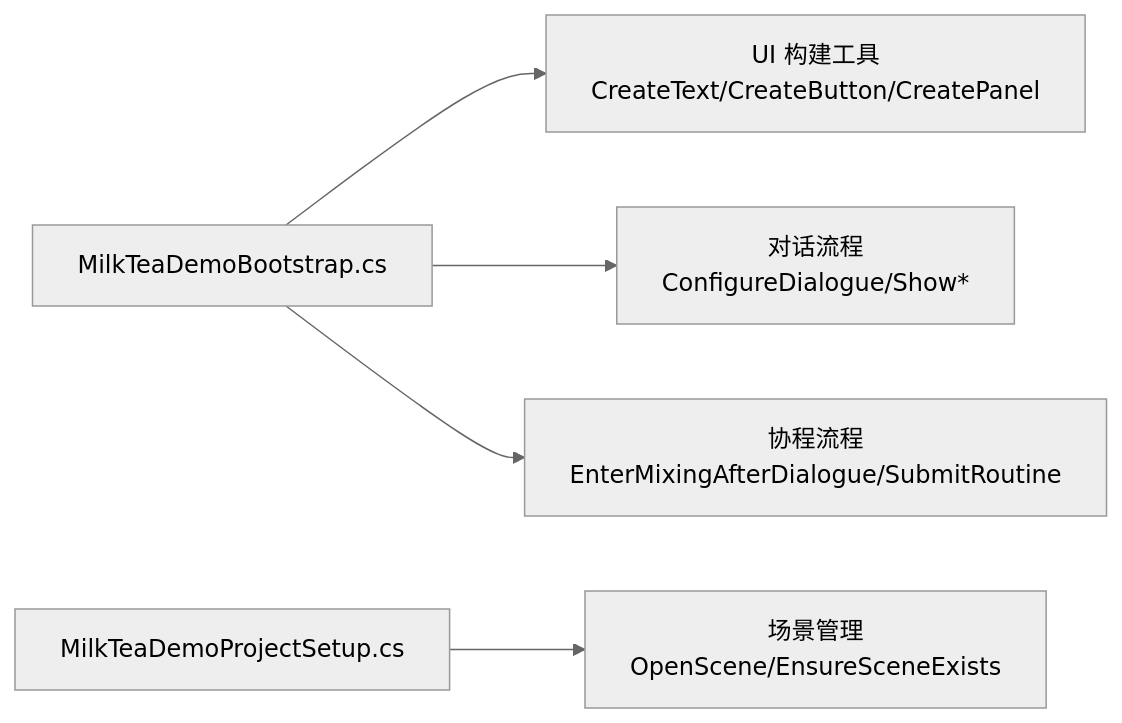
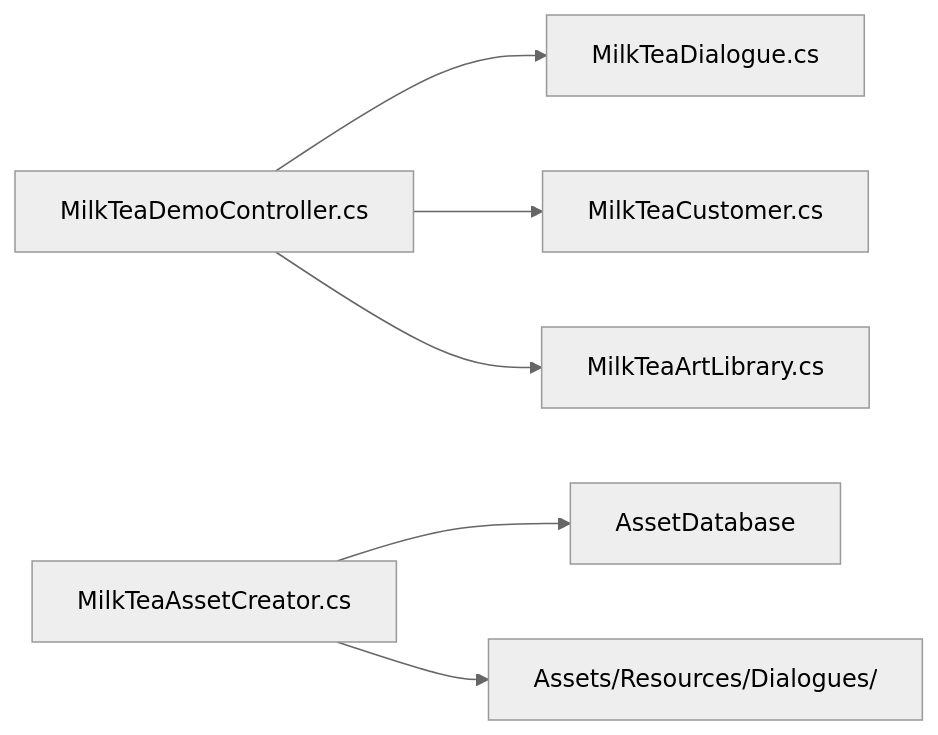
One commit to Thanatos42/-demo changed the seventh of 7 diagrams in .qoder/repowiki/zh/content/对话系统设计.md. Above: the diagram before and after it, drawn with Mermaid (neutral theme). The commit also changed other lines of this file and 16 other files, not shown here.

````diff
--- a/.qoder/repowiki/zh/content/对话系统设计.md
+++ b/.qoder/repowiki/zh/content/对话系统设计.md
@@ -215,7 +284,8 @@
 ```mermaid
 graph LR
-Bootstrap["MilkTeaDemoBootstrap.cs"] --> UITools["UI 构建工具<br/>CreateText/CreateButton/CreatePanel"]
-Bootstrap --> DialogueFlow["对话流程<br/>ConfigureDialogue/Show*"]
-Bootstrap --> CoroutineFlow["协程流程<br/>EnterMixingAfterDialogue/SubmitRoutine"]
-Editor["MilkTeaDemoProjectSetup.cs"] --> SceneMgr["场景管理<br/>OpenScene/EnsureSceneExists"]
+Controller["MilkTeaDemoController.cs"] --> DialogueModel["MilkTeaDialogue.cs"]
+Controller --> CustomerData["MilkTeaCustomer.cs"]
+Controller --> ArtLibrary["MilkTeaArtLibrary.cs"]
+Editor["MilkTeaAssetCreator.cs"] --> AssetDB["AssetDatabase"]
+Editor --> DialogueAssets["Assets/Resources/Dialogues/"]
 ```
````
